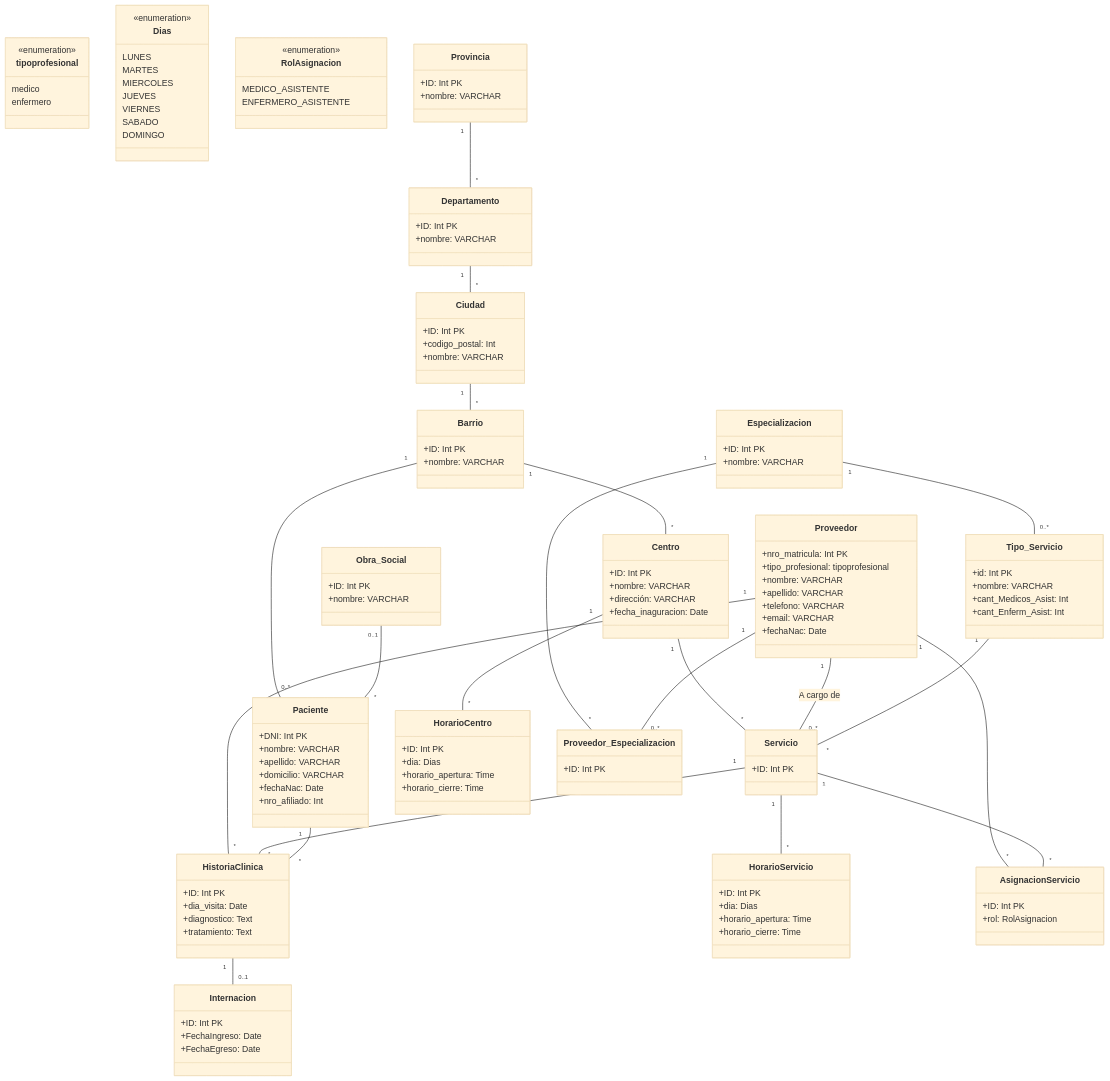
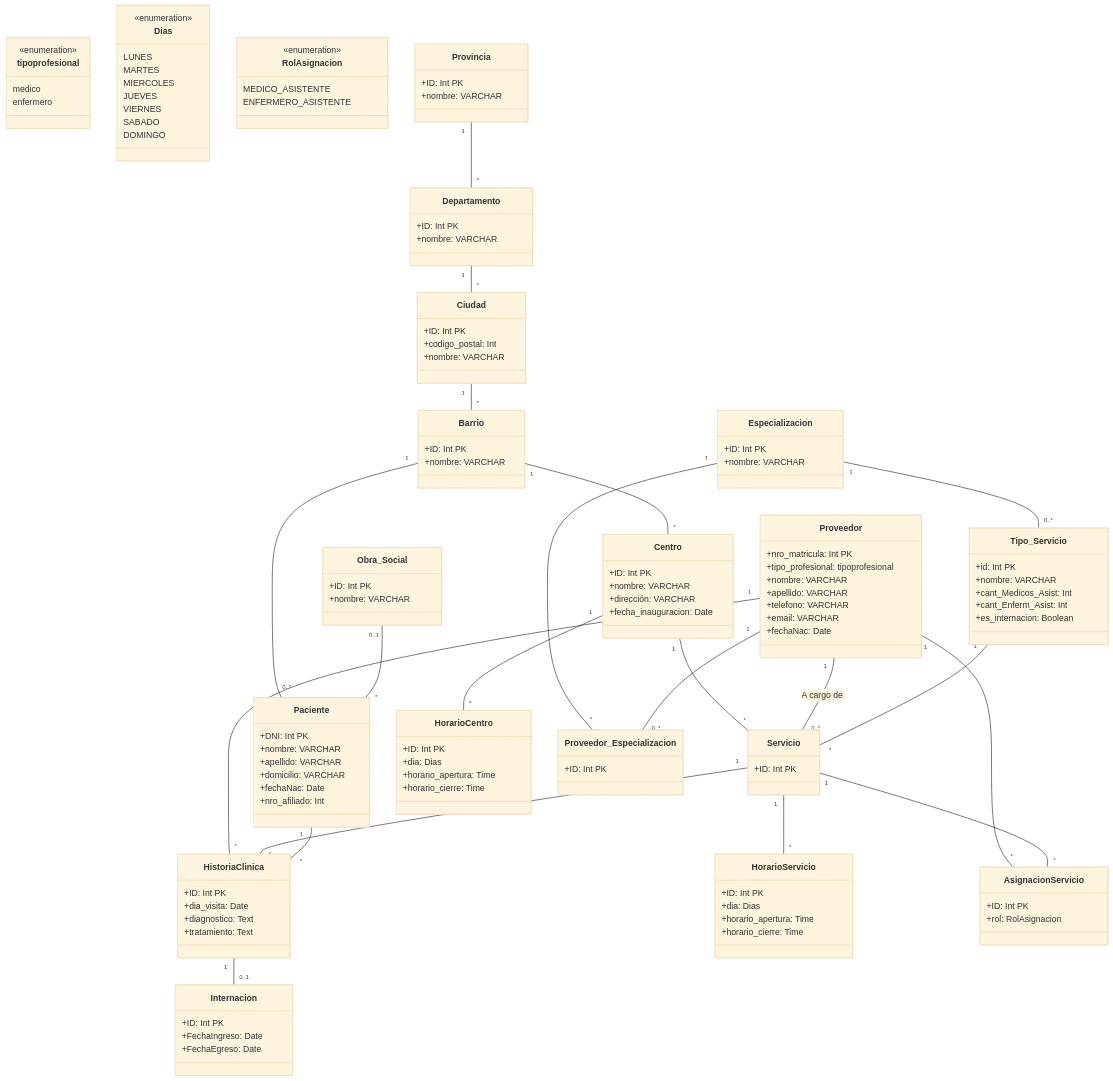
One commit to BiancaTournour/Trabajo-Final---Bases-de-Datos---2026 changed the diagram in Entrega_1/Diagrama_de_Clases.md. Above: the diagram before and after it, drawn with Mermaid (base theme). The commit also changed 6 other files, not shown here.

```diff
--- a/Entrega_1/Diagrama_de_Clases.md
+++ b/Entrega_1/Diagrama_de_Clases.md
@@ -29,7 +29,7 @@
         +ID: Int PK
         +nombre: VARCHAR
         +dirección: VARCHAR
-        +fecha_inaguracion: Date
+        +fecha_inauguracion: Date
     }
 
     class Proveedor {
@@ -51,6 +51,7 @@
         +nombre: VARCHAR
         +cant_Medicos_Asist: Int
         +cant_Enferm_Asist: Int
+        +es_internacion: Boolean
     }
 
     class Internacion {
```
